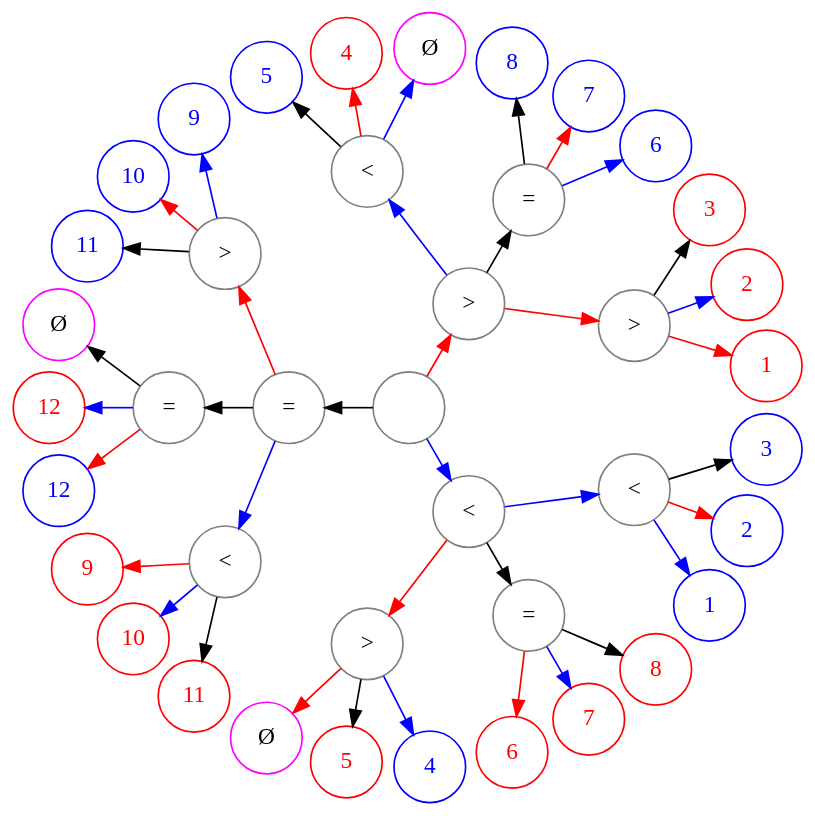
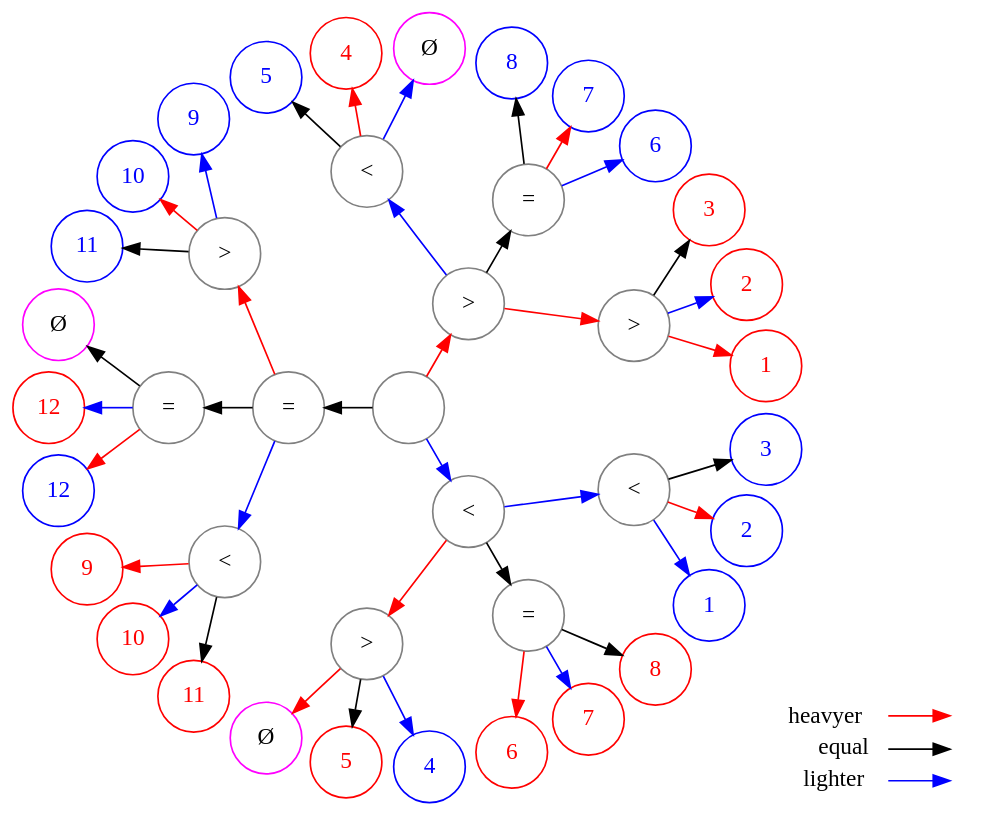
Before and after one commit to selu/wpbsolver: the diagram in docs/result.gv, drawn with Graphviz.

Commit message:
add a legend

```diff
--- a/docs/result.gv
+++ b/docs/result.gv
@@ -1,95 +1,113 @@
 digraph G {
   layout="twopi";
   bgcolor="transparent";
   node [shape="circle", fixedsize=true, width="0.6", fillcolor="white", style="filled", color="grey"];
   start [label=""];
   lev1_g [label=">"];
   lev1_e [label="="];
   lev1_l [label="<"];
   lev2_gg [label=">"];
   lev2_ge [label="="];
   lev2_gl [label="<"];
   lev2_eg [label=">"];
   lev2_ee [label="="];
   lev2_el [label="<"];
   lev2_lg [label=">"];
   lev2_le [label="="];
   lev2_ll [label="<"];
 
   node [color="magenta", label="Ø"];
   lev3_gll;
   lev3_eee;
   lev3_lgg;
 
   node [color="red", fontcolor="red"];
   lev3_ggg [label="1"];
   lev3_ggl [label="2"];
   lev3_gge [label="3"];
   lev3_glg [label="4"];
   lev3_lge [label="5"];
   lev3_leg [label="6"];
   lev3_lel [label="7"];
   lev3_lee [label="8"];
   lev3_elg [label="9"];
   lev3_ell [label="10"];
   lev3_ele [label="11"];
   lev3_eel [label="12"];
 
   node [color="blue", fontcolor="blue"];
   lev3_lll [label="1"];
   lev3_llg [label="2"];
   lev3_lle [label="3"];
   lev3_lgl [label="4"];
   lev3_gle [label="5"];
   lev3_gel [label="6"];
   lev3_geg [label="7"];
   lev3_gee [label="8"];
   lev3_egl [label="9"];
   lev3_egg [label="10"];
   lev3_ege [label="11"];
   lev3_eeg [label="12"];
 
   start -> lev1_e;
   lev1_g -> lev2_ge;
   lev1_e -> lev2_ee;
   lev1_l -> lev2_le;
   lev2_gg -> lev3_gge;
   lev2_ge -> lev3_gee;
   lev2_gl -> lev3_gle;
   lev2_eg -> lev3_ege;
   lev2_ee -> lev3_eee;
   lev2_el -> lev3_ele;
   lev2_lg -> lev3_lge;
   lev2_le -> lev3_lee;
   lev2_ll -> lev3_lle;
 
   edge [color="red"];
   start -> lev1_g;
   lev1_g -> lev2_gg;
   lev1_e -> lev2_eg;
   lev1_l -> lev2_lg;
   lev2_gg -> lev3_ggg;
   lev2_ge -> lev3_geg;
   lev2_gl -> lev3_glg;
   lev2_eg -> lev3_egg;
   lev2_ee -> lev3_eeg;
   lev2_el -> lev3_elg;
   lev2_lg -> lev3_lgg;
   lev2_le -> lev3_leg;
   lev2_ll -> lev3_llg;
 
   edge [color="blue"];
   start -> lev1_l;
   lev1_g -> lev2_gl;
   lev1_e -> lev2_el;
   lev1_l -> lev2_ll;
   lev2_gg -> lev3_ggl;
   lev2_ge -> lev3_gel;
   lev2_gl -> lev3_gll;
   lev2_eg -> lev3_egl;
   lev2_ee -> lev3_eel;
   lev2_el -> lev3_ell;
   lev2_lg -> lev3_lgl;
   lev2_le -> lev3_lel;
   lev2_ll -> lev3_lll;
+
+  subgraph cluster_1 {
+    node [shape=plaintext,color="black",fontcolor="black",fixedsize=false];
+    label="Legend";
+    key2 [label=<<table border="0" cellpadding="2" cellspacing="0" cellborder="0">
+      <tr><td align="right" port="h">&nbsp;</td></tr>
+      <tr><td align="right" port="e">&nbsp;</td></tr>
+      <tr><td align="right" port="l">&nbsp;</td></tr>
+      </table>>]
+    key [label=<<table border="0" cellpadding="2" cellspacing="0" cellborder="0">
+      <tr><td align="right" port="h">heavyer</td></tr>
+      <tr><td align="right" port="e">equal</td></tr>
+      <tr><td align="right" port="l">lighter</td></tr>
+      </table>>]
+    key:h:e -> key2:h:w [color="red"];
+    key:e:e -> key2:e:w [color="black"];
+    key:l:e -> key2:l:w [color="blue"];
+  }
 }
```
